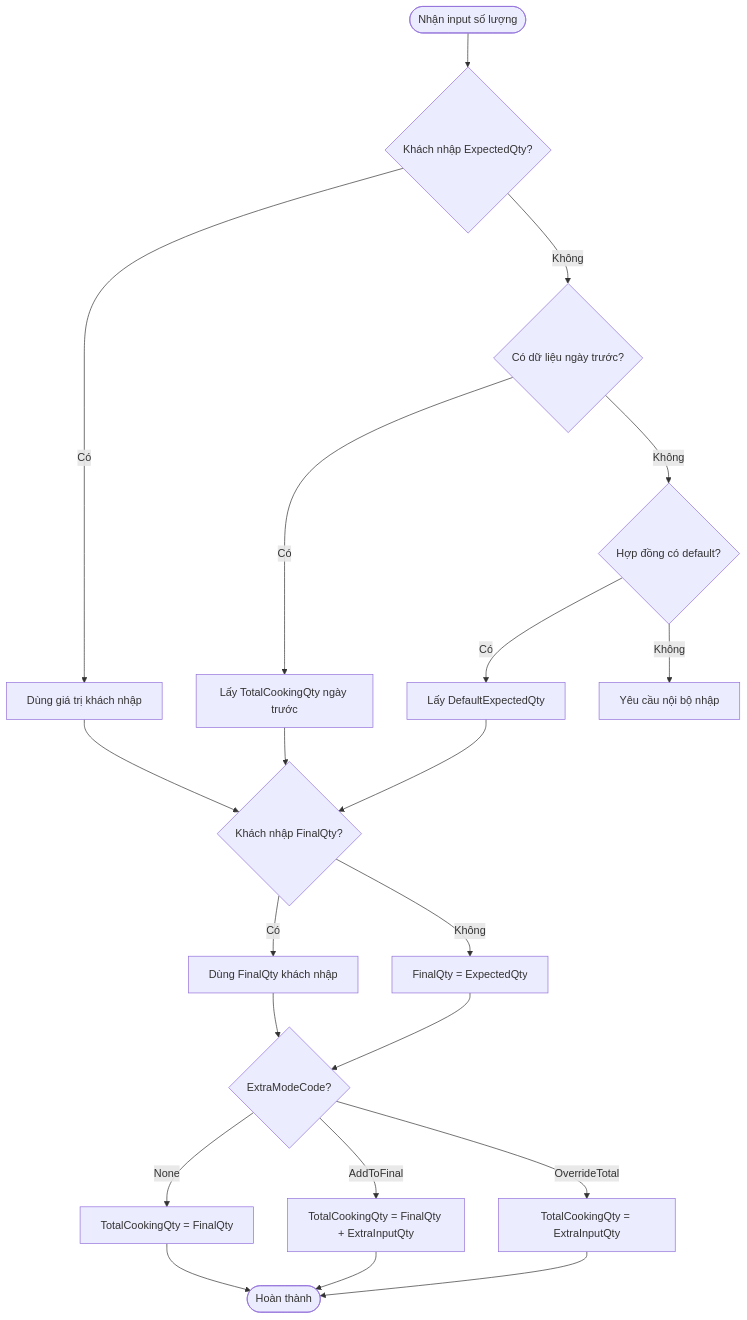
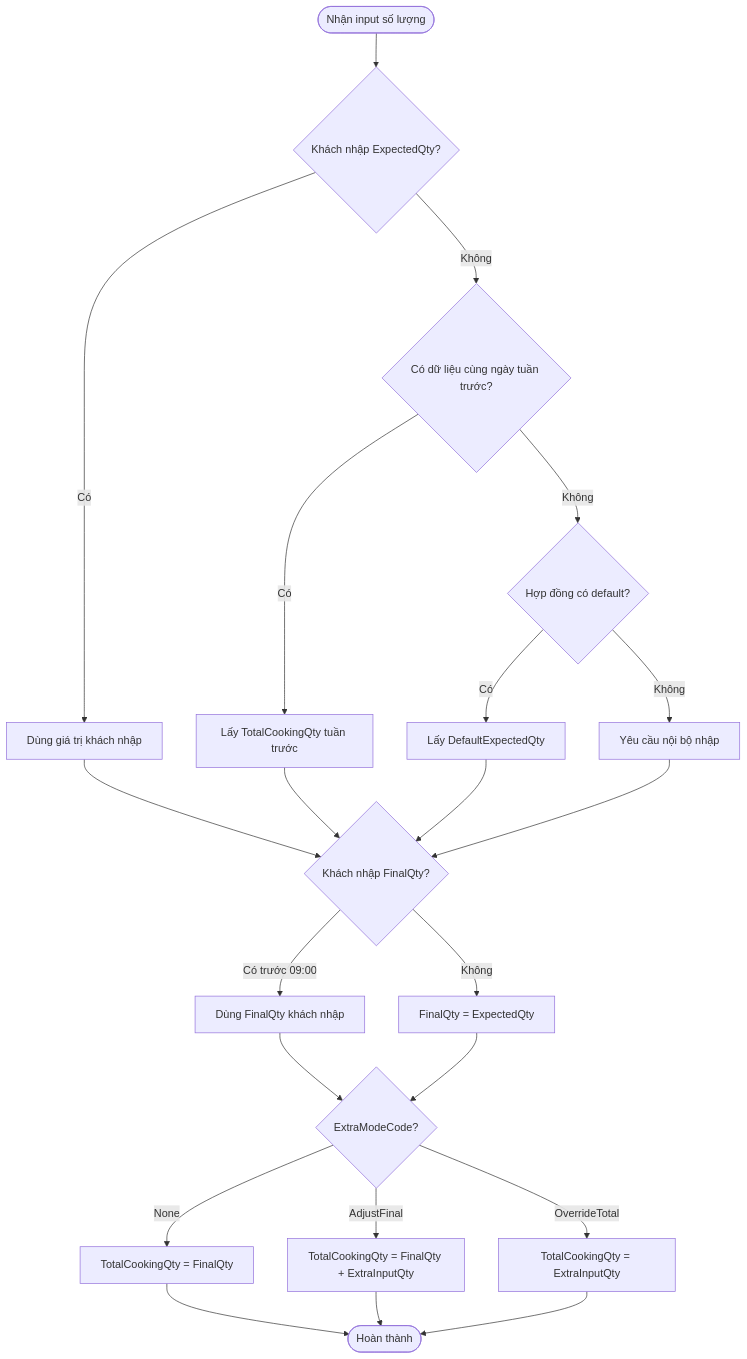
Before and after one commit to quanptatb/OmniBizAI: the fifth of 8 diagrams in docs/02-Academic-Report.md, drawn with Mermaid. The commit also changed other lines of this file and 7 other files, not shown here.

````diff
--- a/docs/02-Academic-Report.md
+++ b/docs/02-Academic-Report.md
@@ -420,23 +442,24 @@
 ```mermaid
 flowchart TD
     Start(["Nhận input số lượng"]) --> A{"Khách nhập ExpectedQty?"}
     A -->|"Có"| B["Dùng giá trị khách nhập"]
-    A -->|"Không"| C{"Có dữ liệu ngày trước?"}
-    C -->|"Có"| D["Lấy TotalCookingQty ngày trước"]
+    A -->|"Không"| C{"Có dữ liệu cùng ngày tuần trước?"}
+    C -->|"Có"| D["Lấy TotalCookingQty tuần trước"]
     C -->|"Không"| E{"Hợp đồng có default?"}
     E -->|"Có"| F["Lấy DefaultExpectedQty"]
     E -->|"Không"| G["Yêu cầu nội bộ nhập"]
     B --> H{"Khách nhập FinalQty?"}
     D --> H
     F --> H
-    H -->|"Có"| I["Dùng FinalQty khách nhập"]
+    G --> H
+    H -->|"Có trước 09:00"| I["Dùng FinalQty khách nhập"]
     H -->|"Không"| J["FinalQty = ExpectedQty"]
     I --> K{"ExtraModeCode?"}
     J --> K
     K -->|"None"| L["TotalCookingQty = FinalQty"]
-    K -->|"AddToFinal"| M["TotalCookingQty = FinalQty + ExtraInputQty"]
+    K -->|"AdjustFinal"| M["TotalCookingQty = FinalQty + ExtraInputQty"]
     K -->|"OverrideTotal"| N["TotalCookingQty = ExtraInputQty"]
     L --> End(["Hoàn thành"])
     M --> End
     N --> End
 ```
````
